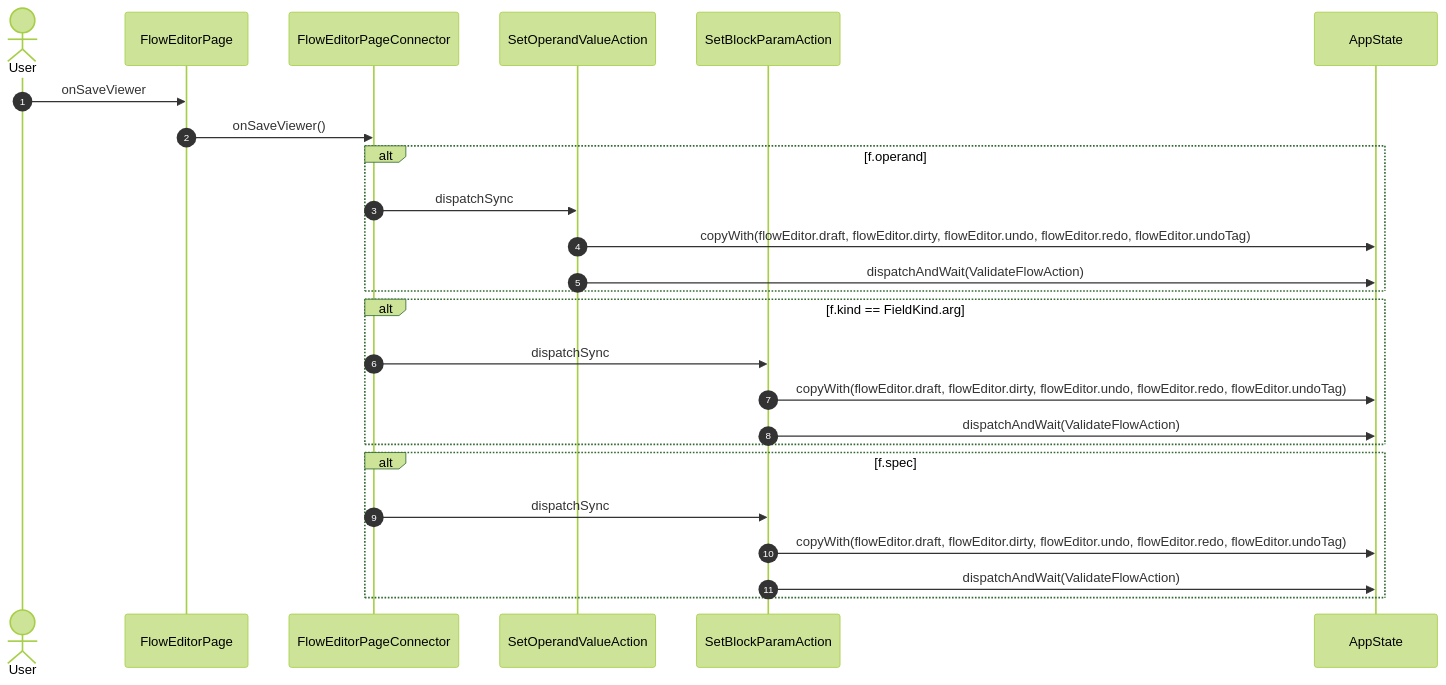
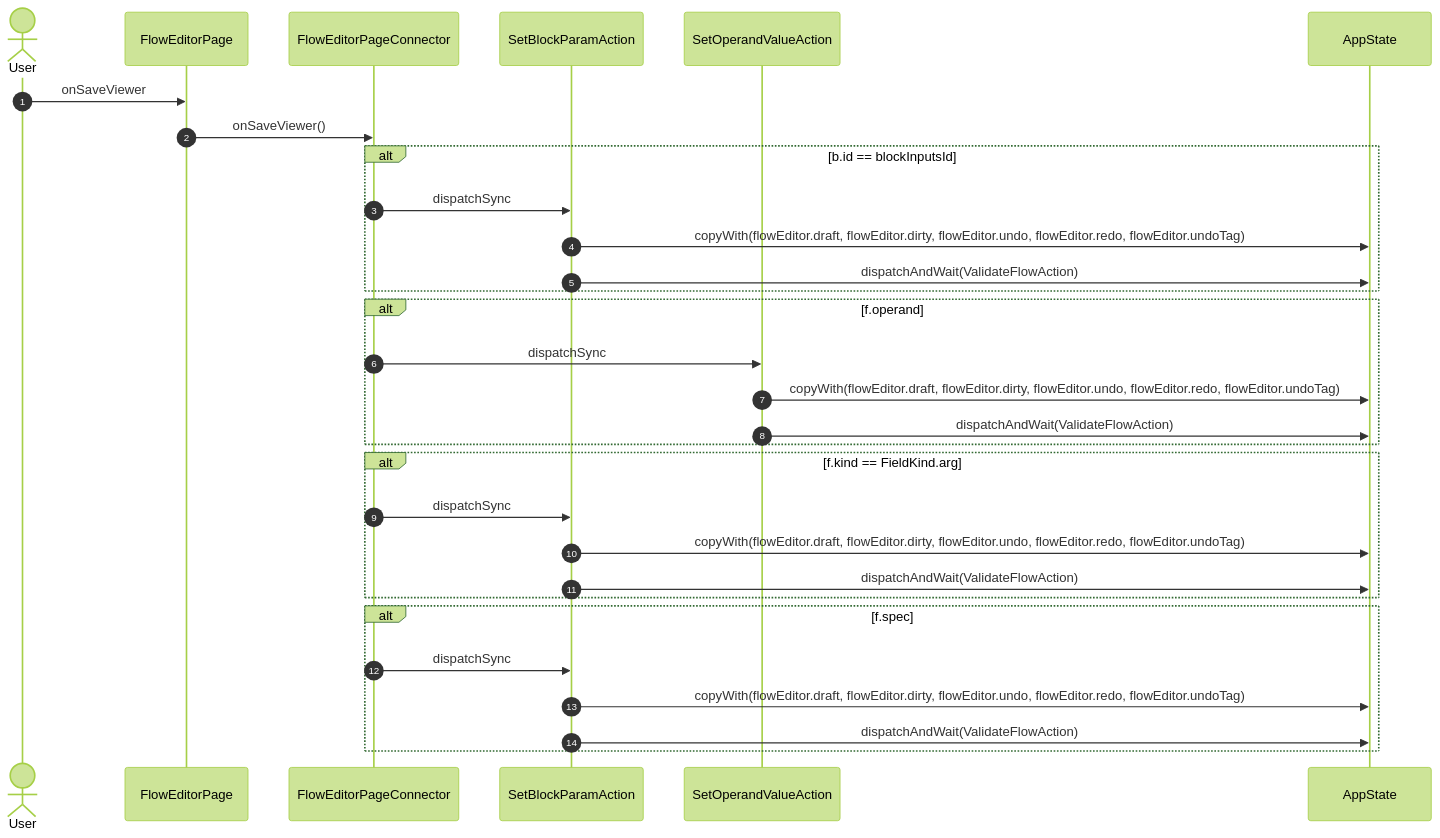
One commit to gencto/wyrm changed diagram 30 of 42 in studio/docs/flows/flowEditor.md. Above: the diagram before and after it, drawn with Mermaid (forest theme). The commit also changed other lines of this file and 7 other files, not shown here.

````diff
--- a/studio/docs/flows/flowEditor.md
+++ b/studio/docs/flows/flowEditor.md
@@ -368,28 +644,33 @@
 ```mermaid
 sequenceDiagram
     autonumber
     actor User
     participant UI as FlowEditorPage
     participant VM as FlowEditorPageConnector
-    participant A1 as SetOperandValueAction
-    participant A2 as SetBlockParamAction
+    participant A1 as SetBlockParamAction
+    participant A2 as SetOperandValueAction
     participant ST as AppState
 
     User->>UI: onSaveViewer
     UI->>VM: onSaveViewer()
-    alt f.operand
+    alt b.id == blockInputsId
         VM->>A1: dispatchSync
         A1->>ST: copyWith(flowEditor.draft, flowEditor.dirty, flowEditor.undo, flowEditor.redo, flowEditor.undoTag)
         A1->>ST: dispatchAndWait(ValidateFlowAction)
     end
-    alt f.kind == FieldKind.arg
+    alt f.operand
         VM->>A2: dispatchSync
         A2->>ST: copyWith(flowEditor.draft, flowEditor.dirty, flowEditor.undo, flowEditor.redo, flowEditor.undoTag)
         A2->>ST: dispatchAndWait(ValidateFlowAction)
     end
+    alt f.kind == FieldKind.arg
+        VM->>A1: dispatchSync
+        A1->>ST: copyWith(flowEditor.draft, flowEditor.dirty, flowEditor.undo, flowEditor.redo, flowEditor.undoTag)
+        A1->>ST: dispatchAndWait(ValidateFlowAction)
+    end
     alt f.spec
-        VM->>A2: dispatchSync
-        A2->>ST: copyWith(flowEditor.draft, flowEditor.dirty, flowEditor.undo, flowEditor.redo, flowEditor.undoTag)
-        A2->>ST: dispatchAndWait(ValidateFlowAction)
+        VM->>A1: dispatchSync
+        A1->>ST: copyWith(flowEditor.draft, flowEditor.dirty, flowEditor.undo, flowEditor.redo, flowEditor.undoTag)
+        A1->>ST: dispatchAndWait(ValidateFlowAction)
     end
 ```
````
